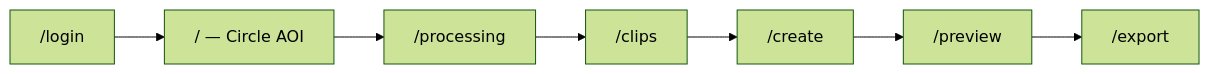
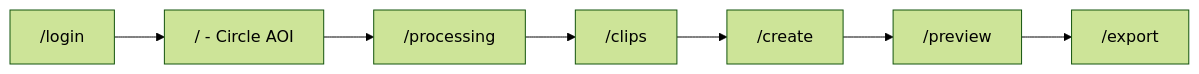
One commit to naman-sonawane/PRAL-Drone-Systems changed the diagram in docs/PRD.md. Above: the diagram before and after it, drawn with Mermaid (forest theme). The commit also changed other lines of this file and 34 other files, not shown here.

````diff
--- a/docs/PRD.md
+++ b/docs/PRD.md
@@ -33,9 +33,9 @@
 ```mermaid
 flowchart LR
-    Login["/login"] --> Target["/ — Circle AOI"]
+    Login["/login"] --> Target["/ - Circle AOI"]
     Target --> Processing["/processing"]
     Processing --> Clips["/clips"]
     Clips --> Create["/create"]
     Create --> Preview["/preview"]
     Preview --> Export["/export"]
 ```
````
